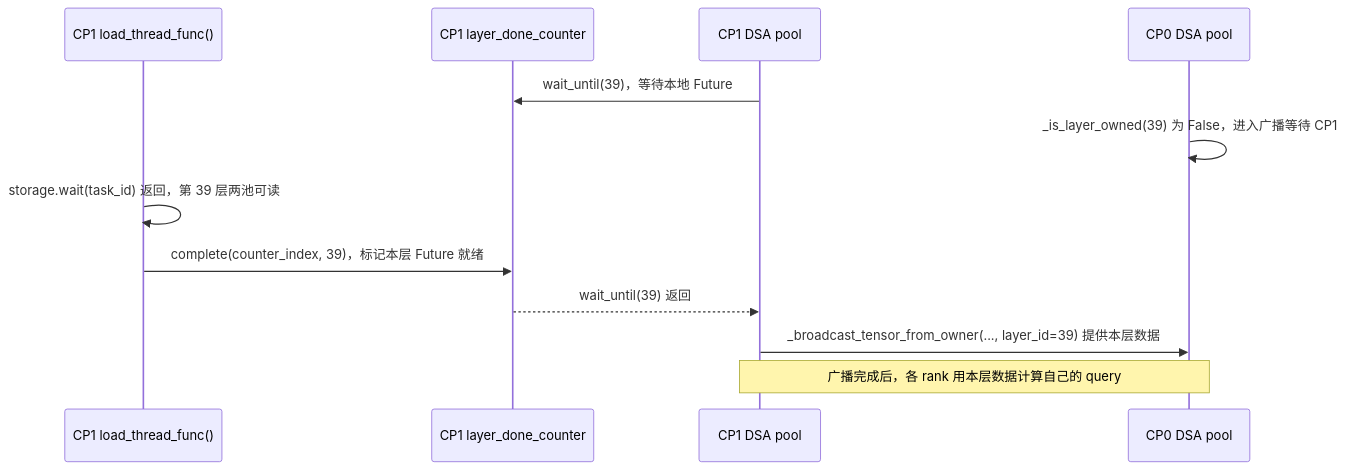
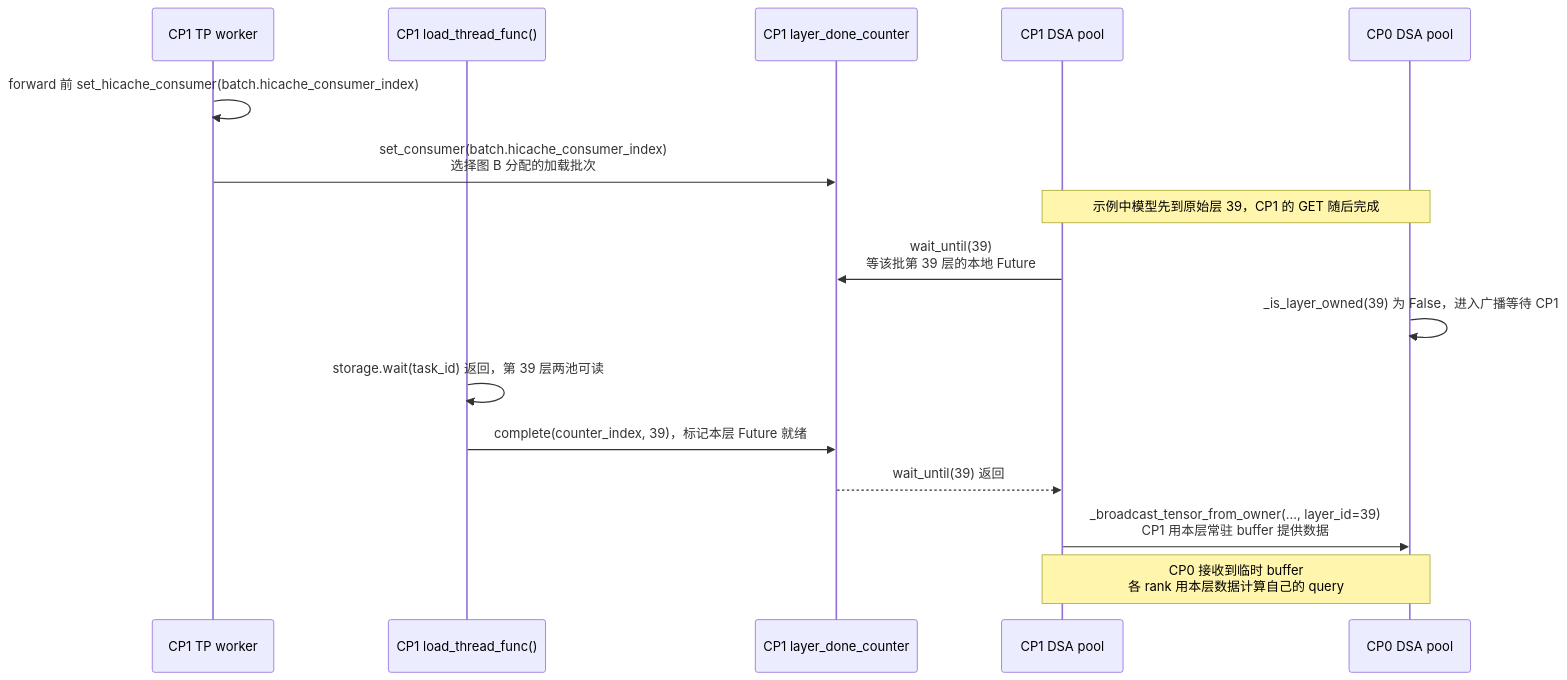
The eighth of 8 diagrams in kv_client_dsa_cache_layer_split_design.md (yuanzhg078/sglang), drawn with Mermaid before and after one commit. The commit also changed other lines of this file and 1 other file, not shown here.

````diff
--- a/kv_client_dsa_cache_layer_split_design.md
+++ b/kv_client_dsa_cache_layer_split_design.md
@@ -342,15 +445,19 @@
 ```mermaid
 sequenceDiagram
+    participant M as CP1 TP worker
     participant L as CP1 load_thread_func()
     participant C as CP1 layer_done_counter
     participant P1 as CP1 DSA pool
     participant P0 as CP0 DSA pool
 
-    P1->>C: wait_until(39)，等待本地 Future
+    M->>M: forward 前 set_hicache_consumer(batch.hicache_consumer_index)
+    M->>C: set_consumer(batch.hicache_consumer_index)<br/>选择图 B 分配的加载批次
+    Note over P1,P0: 示例中模型先到原始层 39，CP1 的 GET 随后完成
+    P1->>C: wait_until(39)<br/>等该批第 39 层的本地 Future
     P0->>P0: _is_layer_owned(39) 为 False，进入广播等待 CP1
     L->>L: storage.wait(task_id) 返回，第 39 层两池可读
     L->>C: complete(counter_index, 39)，标记本层 Future 就绪
     C-->>P1: wait_until(39) 返回
-    P1->>P0: _broadcast_tensor_from_owner(..., layer_id=39) 提供本层数据
-    Note over P1,P0: 广播完成后，各 rank 用本层数据计算自己的 query
+    P1->>P0: _broadcast_tensor_from_owner(..., layer_id=39)<br/>CP1 用本层常驻 buffer 提供数据
+    Note over P1,P0: CP0 接收到临时 buffer<br/>各 rank 用本层数据计算自己的 query
 ```
````
